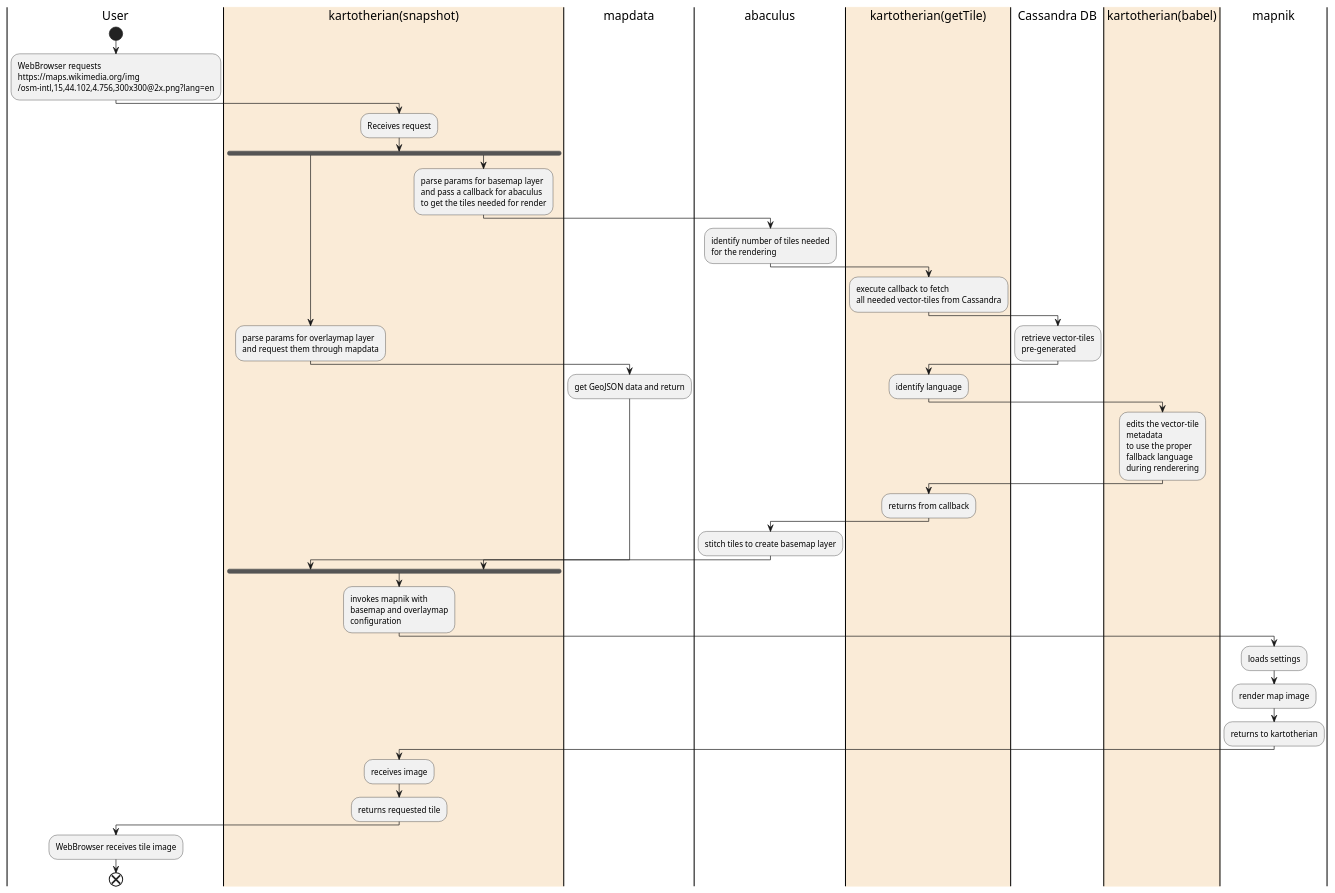
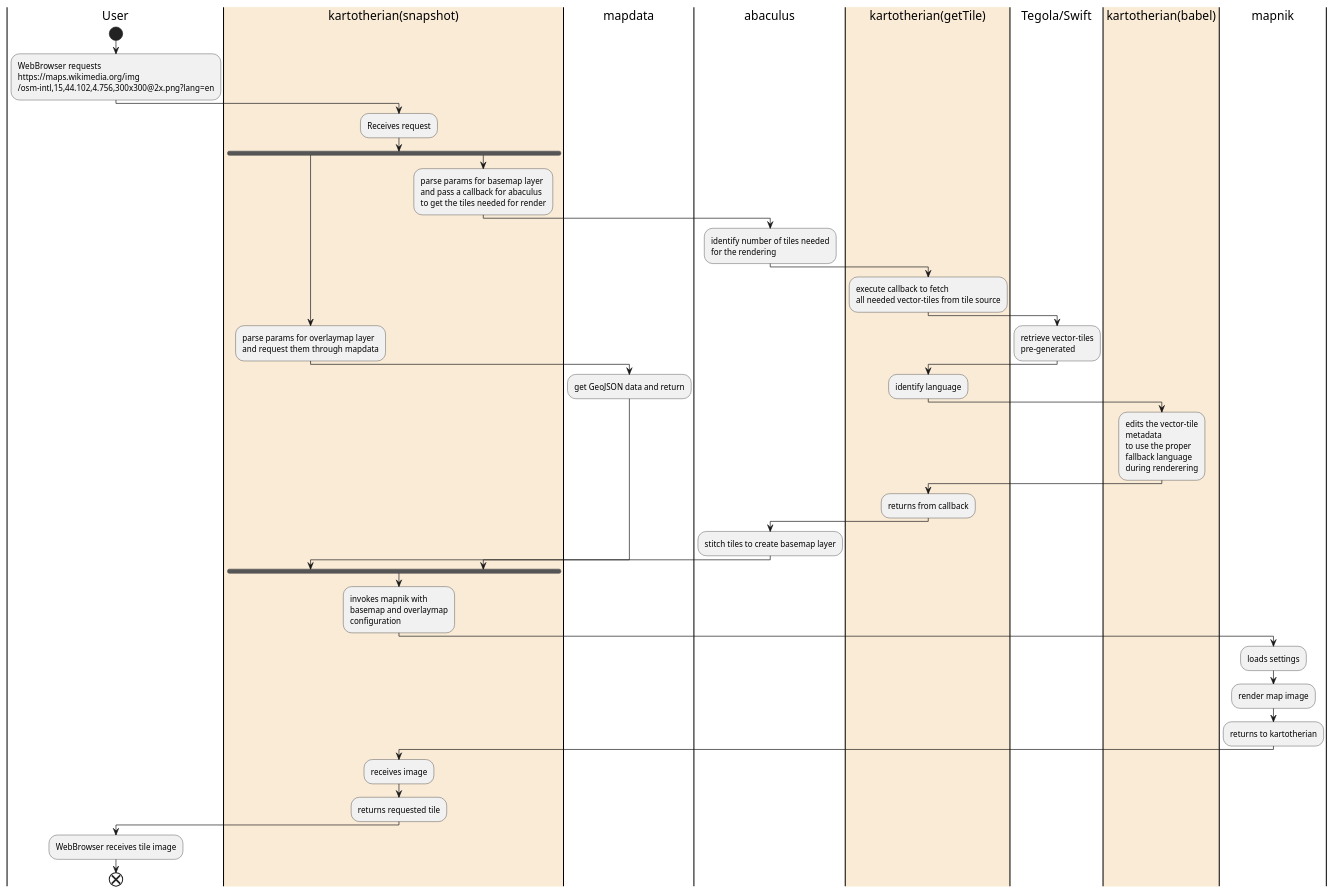
One commit to wikimedia/mediawiki-services-kartotherian changed the diagram in docs/diagrams/staticMapRequestDataFlow.puml. Above: the diagram before and after it, drawn with PlantUML. The commit also changed 14 other files, not shown here.

```diff
--- a/docs/diagrams/staticMapRequestDataFlow.puml
+++ b/docs/diagrams/staticMapRequestDataFlow.puml
@@ -1,55 +1,55 @@
 @startuml
 |User|
 start
 :WebBrowser requests
 https://maps.wikimedia.org/img
 /osm-intl,15,44.102,4.756,300x300@2x.png?lang=en;
 |#AntiqueWhite|kartotherian(snapshot)|
 :Receives request;
 fork
 :parse params for overlaymap layer
 and request them through mapdata;
 |mapdata|
 :get GeoJSON data and return;
 |kartotherian(snapshot)|
 fork again
 :parse params for basemap layer
 and pass a callback for abaculus
 to get the tiles needed for render;
 |abaculus|
 :identify number of tiles needed
 for the rendering;
 |#AntiqueWhite|kartotherian(getTile)|
 :execute callback to fetch
-all needed vector-tiles from Cassandra;
-|Cassandra DB|
+all needed vector-tiles from tile source;
+|Tegola/Swift|
 :retrieve vector-tiles
 pre-generated;
 |kartotherian(getTile)|
 :identify language;
 |#AntiqueWhite|kartotherian(babel)|
 :edits the vector-tile
 metadata
 to use the proper
 fallback language
 during renderering;
 |kartotherian(getTile)|
 :returns from callback;
 |abaculus|
 :stitch tiles to create basemap layer;
 |kartotherian(snapshot)|
 end fork
 :invokes mapnik with
 basemap and overlaymap
 configuration;
 |mapnik|
 :loads settings;
 :render map image;
 :returns to kartotherian;
 |kartotherian(snapshot)|
 :receives image;
 :returns requested tile;
 |User|
 :WebBrowser receives tile image;
 end
 @enduml
```
